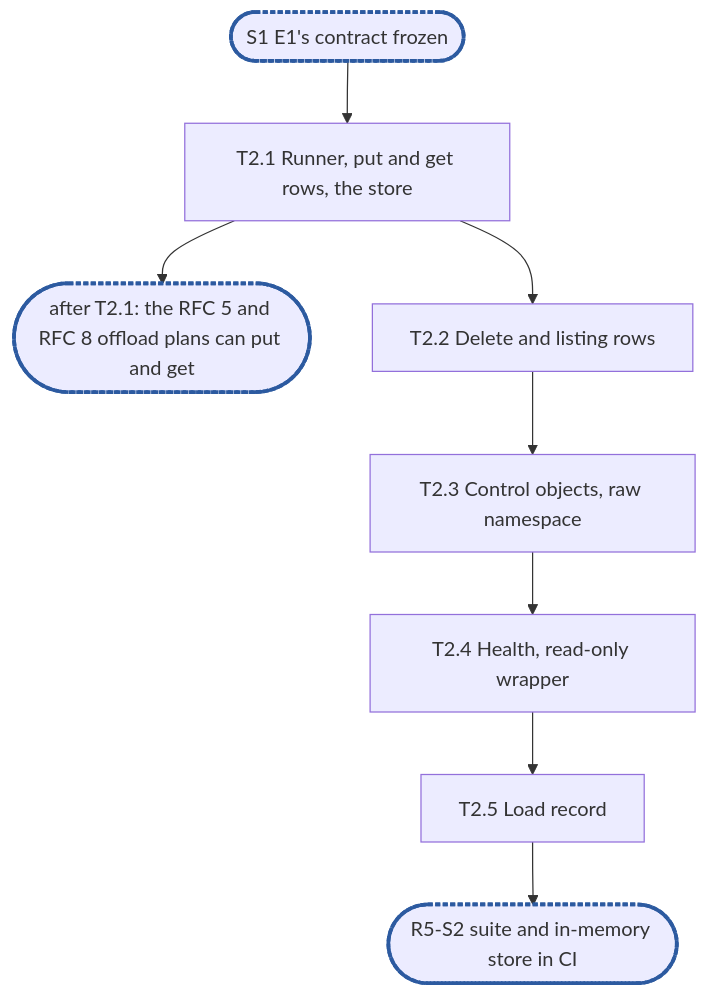
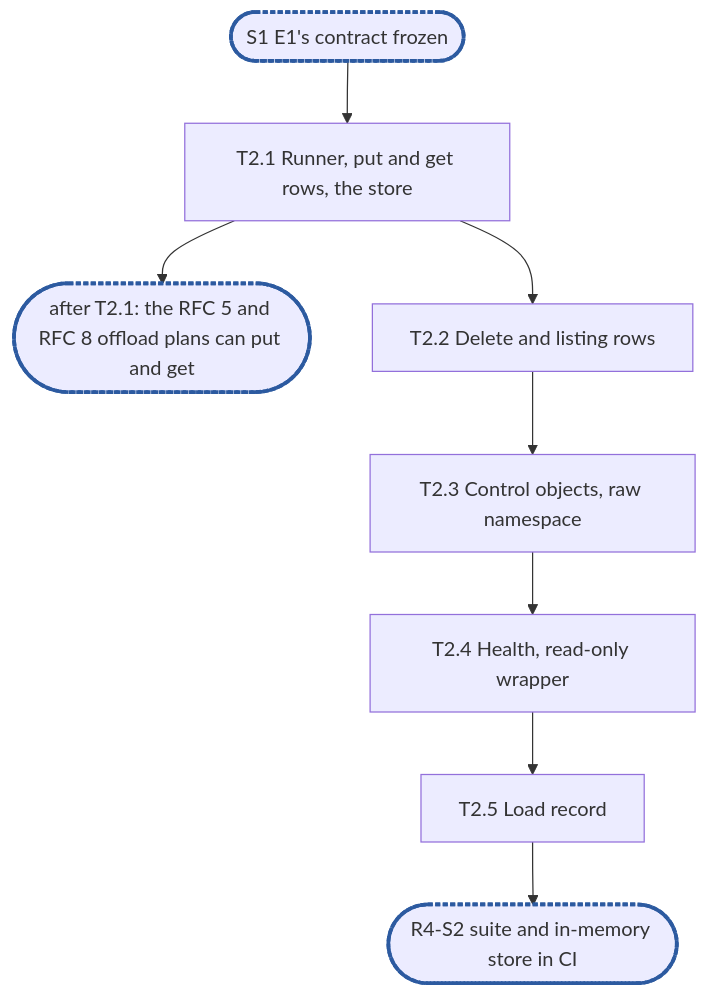
The diagram in .planning/rfc-4-remote-tier-epic2.md (cubbit/dittofs), drawn with Mermaid before and after one commit. The commit also changed other lines of this file, not shown here.

````diff
--- a/.planning/rfc-4-remote-tier-epic2.md
+++ b/.planning/rfc-4-remote-tier-epic2.md
@@ -557,9 +557,9 @@
 ```mermaid
 flowchart TD
   S1(["S1 E1's contract frozen"]):::sync --> T2_1["T2.1 Runner, put and get rows, the store"]
   T2_1 --> C1(["after T2.1: the RFC 5 and RFC 8 offload plans can put and get"]):::sync
   T2_1 --> T2_2["T2.2 Delete and listing rows"] --> T2_3["T2.3 Control objects, raw namespace"]
   T2_3 --> T2_4["T2.4 Health, read-only wrapper"] --> T2_5["T2.5 Load record"]
-  T2_5 --> RS2(["R5-S2 suite and in-memory store in CI"]):::sync
+  T2_5 --> RS2(["R4-S2 suite and in-memory store in CI"]):::sync
   classDef sync stroke:#2c5aa0,stroke-width:3px,stroke-dasharray:4 2
 ```
````
